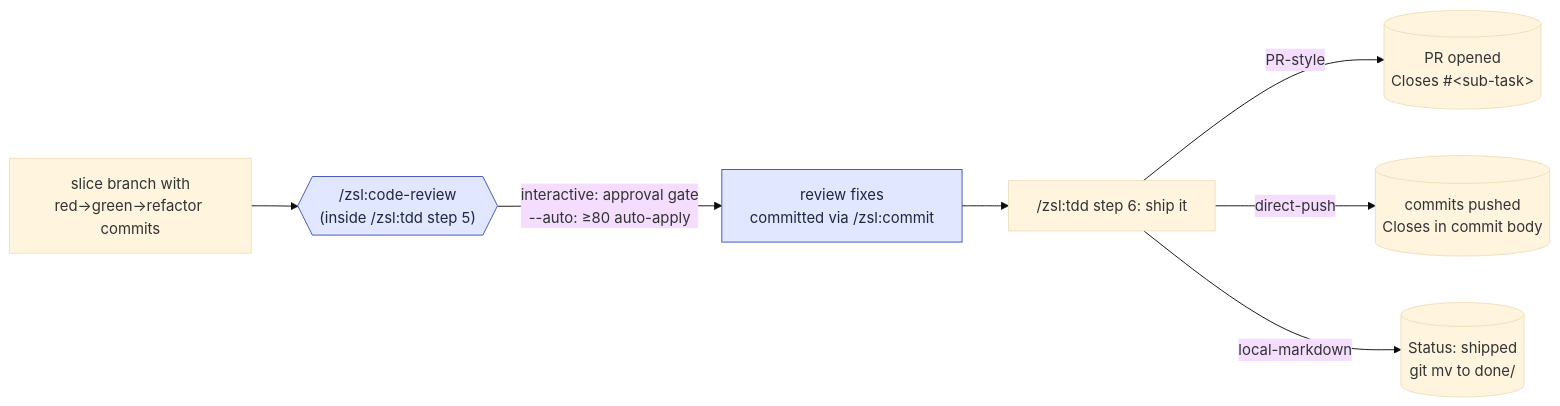
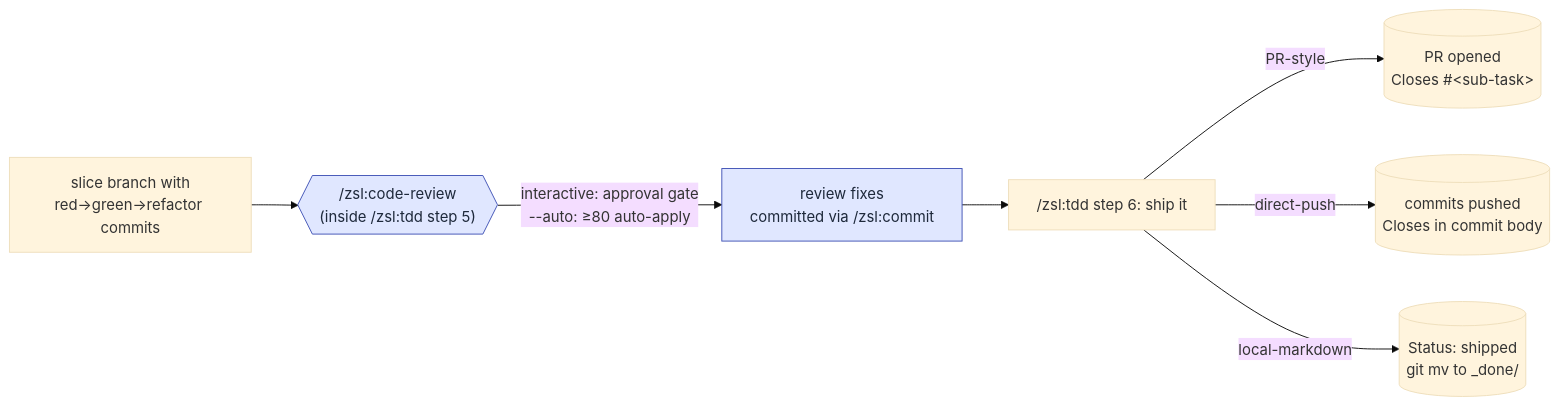
One commit to ZunoSmartLabs/zsl-superpowers changed the eighth of 9 diagrams in docs/workflow.md. Above: the diagram before and after it, drawn with Mermaid (base theme). The commit also changed other lines of this file and 11 other files, not shown here.

First line of the commit message:
feat(local-tracker): rename archive folders done/ → _done/ so they sort to top (#8)

````diff
--- a/docs/workflow.md
+++ b/docs/workflow.md
@@ -216,12 +216,12 @@
 ```mermaid
 flowchart LR
     branch["slice branch with<br/>red→green→refactor commits"] --> review{{"/zsl:code-review<br/>(inside /zsl:tdd step 5)"}}
     review -->|"interactive: approval gate<br/>--auto: ≥80 auto-apply"| fixes_commit["review fixes<br/>committed via /zsl:commit"]
     fixes_commit --> ship["/zsl:tdd step 6: ship it"]
     ship -->|"PR-style"| pr[("PR opened<br/>Closes #&lt;sub-task&gt;")]
     ship -->|"direct-push"| push[("commits pushed<br/>Closes in commit body")]
-    ship -->|"local-markdown"| mv[("Status: shipped<br/>git mv to done/")]
+    ship -->|"local-markdown"| mv[("Status: shipped<br/>git mv to _done/")]
 
     classDef skill fill:#e0e7ff,stroke:#3f51b5,color:#1e293b;
     class review,fixes_commit skill
 ```
````
